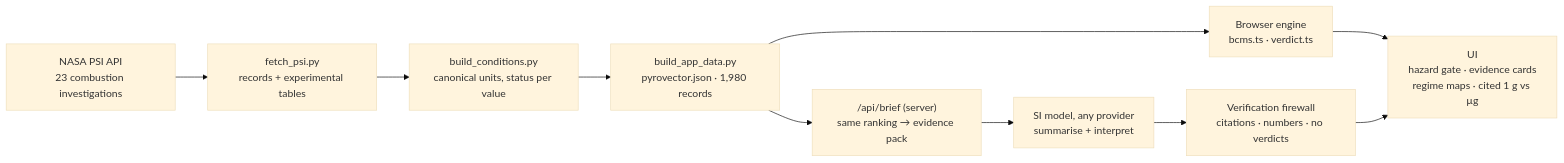
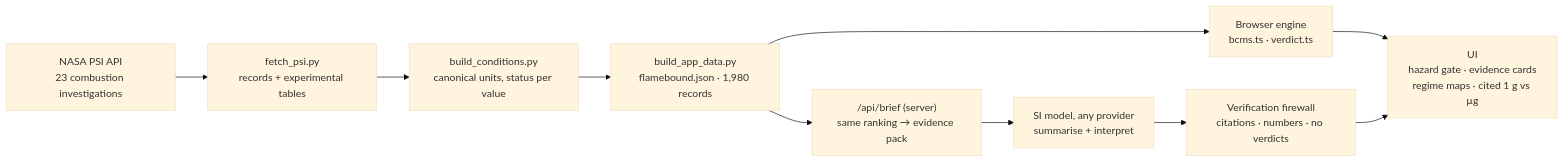
Before and after one commit to prattaybanik03/flamebound-flame-in-freefall: the diagram in README.md, drawn with Mermaid (base theme). The commit also changed other lines of this file and 16 other files, not shown here.

````diff
--- a/README.md
+++ b/README.md
@@ -50,12 +50,12 @@
 ```mermaid
 flowchart LR
   A["NASA PSI API<br/>23 combustion investigations"] --> B["fetch_psi.py<br/>records + experimental tables"]
   B --> C["build_conditions.py<br/>canonical units, status per value"]
-  C --> D["build_app_data.py<br/>pyrovector.json · 1,980 records"]
+  C --> D["build_app_data.py<br/>flamebound.json · 1,980 records"]
   D --> E["Browser engine<br/>bcms.ts · verdict.ts"]
   E --> F["UI<br/>hazard gate · evidence cards<br/>regime maps · cited 1 g vs µg"]
   D --> G["/api/brief (server)<br/>same ranking → evidence pack"]
   G --> H["SI model, any provider<br/>summarise + interpret"]
   H --> I["Verification firewall<br/>citations · numbers · no verdicts"]
   I --> F
 ```
````
